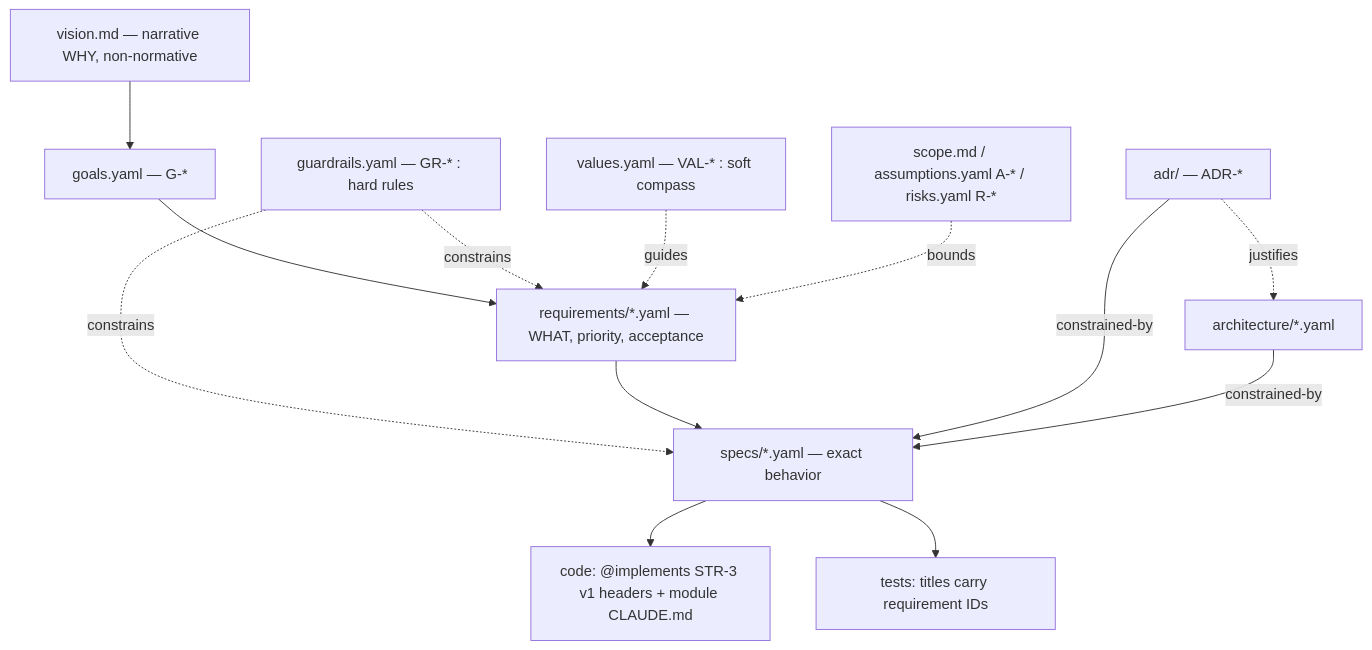
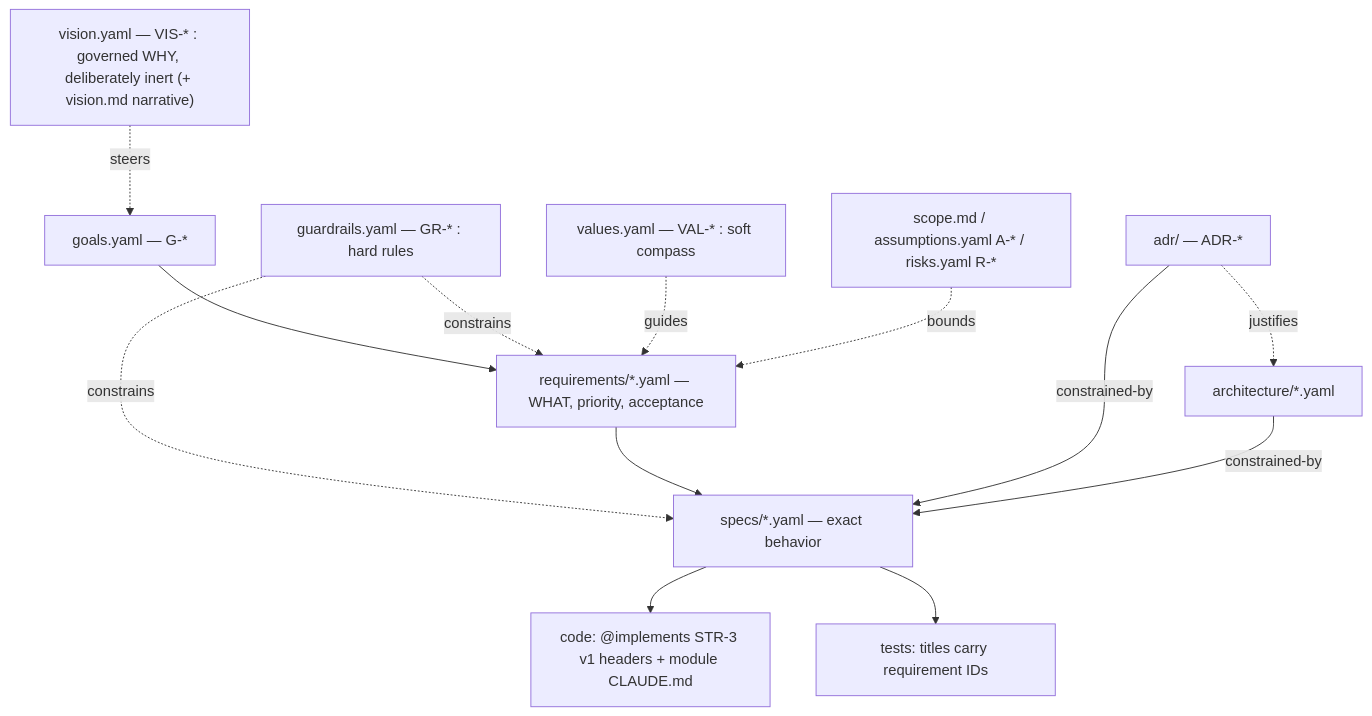
The diagram in .spec/CLAUDE.md (jetdream/steward), drawn with Mermaid before and after one commit. The commit also changed other lines of this file and 3 other files, not shown here.

First line of the commit message:
Phase 4 (slice): add the governed VIS vision register + compass review

````diff
--- a/.spec/CLAUDE.md
+++ b/.spec/CLAUDE.md
@@ -13,15 +13,15 @@
 ```mermaid
 graph TD
-  V[vision.md — narrative WHY, non-normative] --> G[goals.yaml — G-*]
+  V["vision.yaml — VIS-* : governed WHY, deliberately inert (+ vision.md narrative)"] -.steers.-> G[goals.yaml — G-*]
   G --> REQ[requirements/*.yaml — WHAT, priority, acceptance]
   GR[guardrails.yaml — GR-* : hard rules] -.constrains.-> REQ
   GR -.constrains.-> SPEC
   VAL[values.yaml — VAL-* : soft compass] -.guides.-> REQ
   SC[scope.md / assumptions.yaml A-* / risks.yaml R-*] -.bounds.-> REQ
   REQ --> SPEC[specs/*.yaml — exact behavior]
   ADR[adr/ — ADR-*] -.justifies.-> ARCH[architecture/*.yaml]
   ADR -- constrained-by --> SPEC
   ARCH -- constrained-by --> SPEC
   SPEC --> CODE["code: @implements STR-3 v1 headers + module CLAUDE.md"]
   SPEC --> TEST[tests: titles carry requirement IDs]
 ```
````
